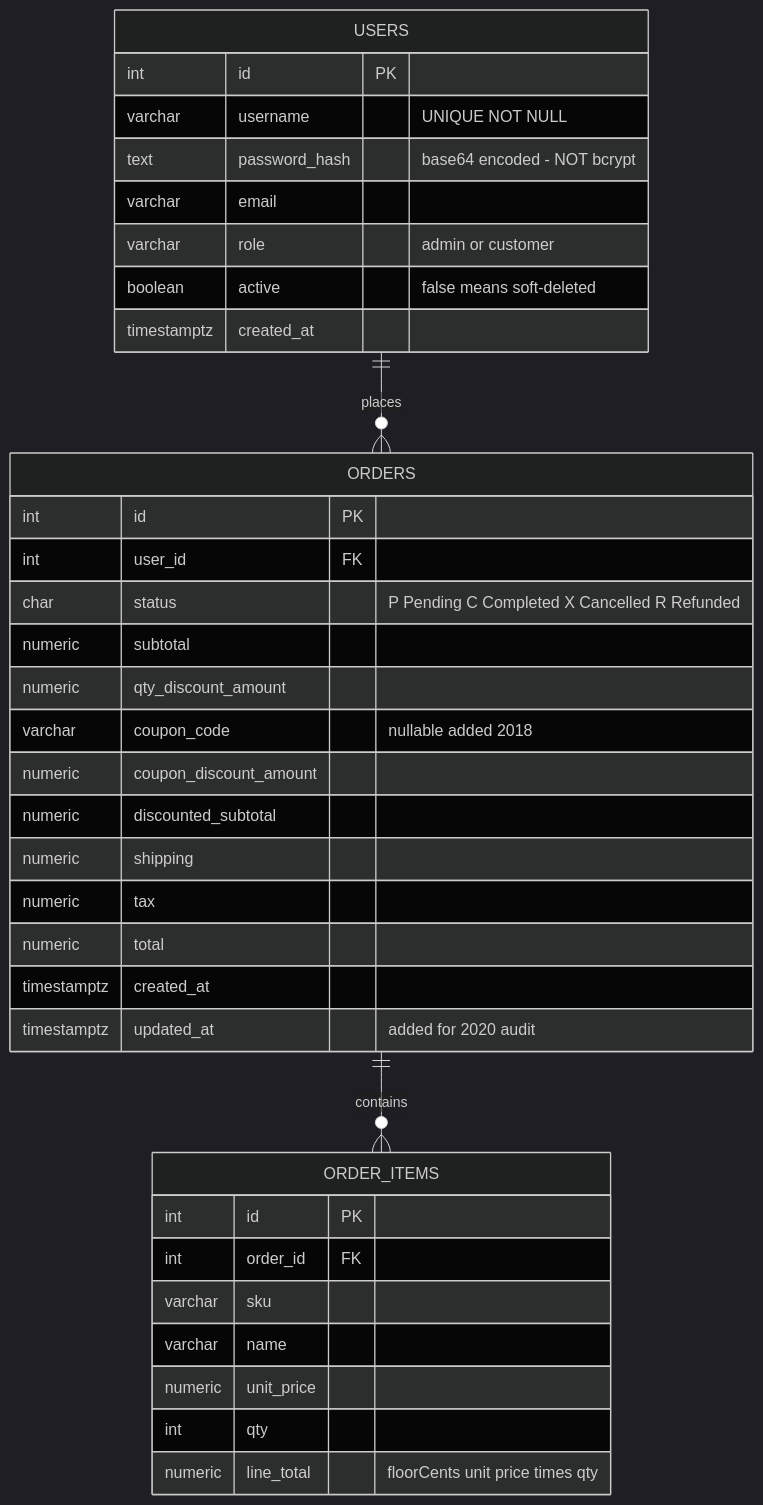
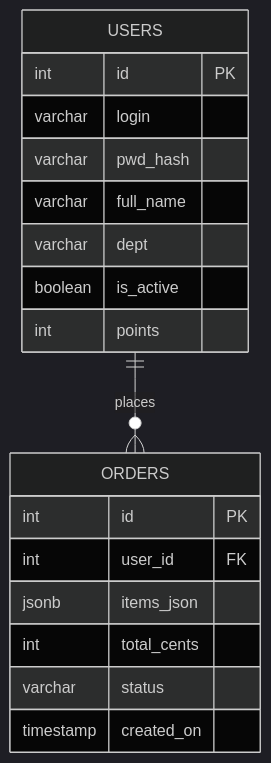
One commit to OMtheMAKER/bob-x-ray-legacy-knowledge-rescue changed the fourth of 5 diagrams in ARCHITECTURE.md. Above: the diagram before and after it, drawn with Mermaid (dark theme). The commit also changed other lines of this file, not shown here.

Commit message:
ARCHITECTURE

````diff
--- a/ARCHITECTURE.md
+++ b/ARCHITECTURE.md
@@ -166,41 +133,21 @@
 ```mermaid
 erDiagram
+    USERS ||--o{ ORDERS : places
     USERS {
-        int     id            PK
-        varchar username      "UNIQUE NOT NULL"
-        text    password_hash "base64 encoded - NOT bcrypt"
-        varchar email
-        varchar role          "admin or customer"
-        boolean active        "false means soft-deleted"
-        timestamptz created_at
+        int id PK
+        varchar login
+        varchar pwd_hash
+        varchar full_name
+        varchar dept
+        boolean is_active
+        int points
     }
-
     ORDERS {
-        int     id                     PK
-        int     user_id                FK
-        char    status                 "P Pending C Completed X Cancelled R Refunded"
-        numeric subtotal
-        numeric qty_discount_amount
-        varchar coupon_code            "nullable added 2018"
-        numeric coupon_discount_amount
-        numeric discounted_subtotal
-        numeric shipping
-        numeric tax
-        numeric total
-        timestamptz created_at
-        timestamptz updated_at         "added for 2020 audit"
+        int id PK
+        int user_id FK
+        jsonb items_json
+        int total_cents
+        varchar status
+        timestamp created_on
     }
-
-    ORDER_ITEMS {
-        int     id          PK
-        int     order_id    FK
-        varchar sku
-        varchar name
-        numeric unit_price
-        int     qty
-        numeric line_total  "floorCents unit price times qty"
-    }
-
-    USERS ||--o{ ORDERS : places
-    ORDERS ||--o{ ORDER_ITEMS : contains
 ```
````
